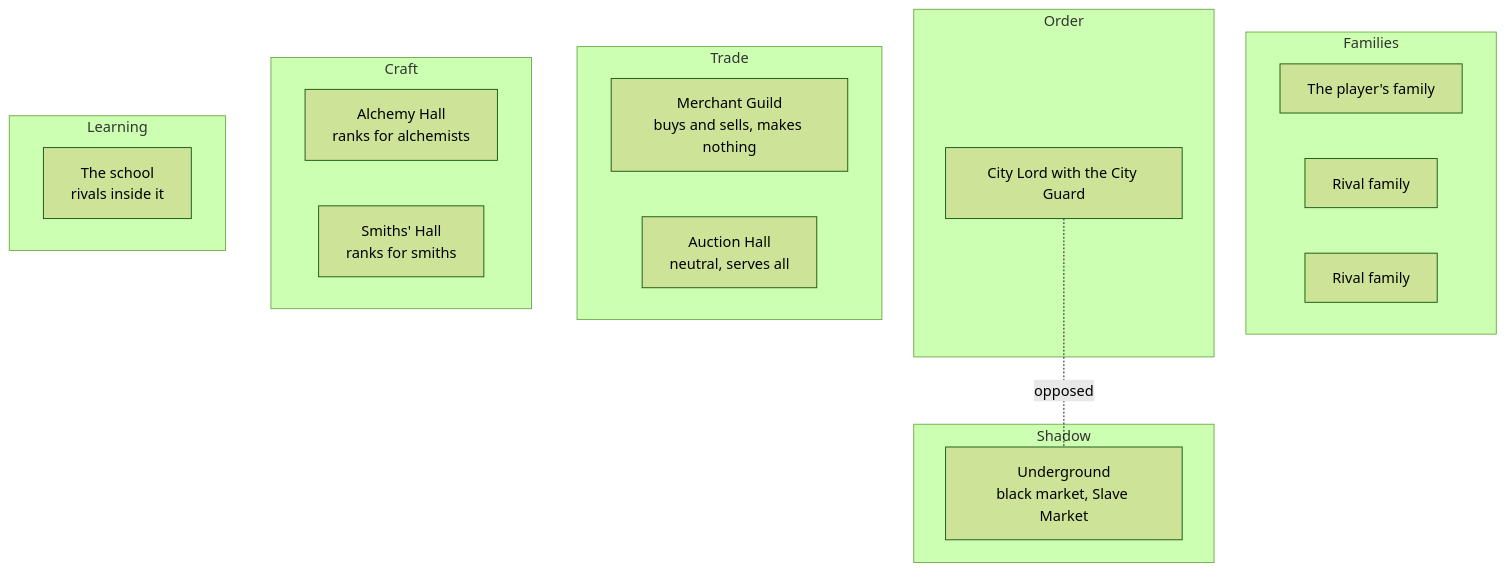
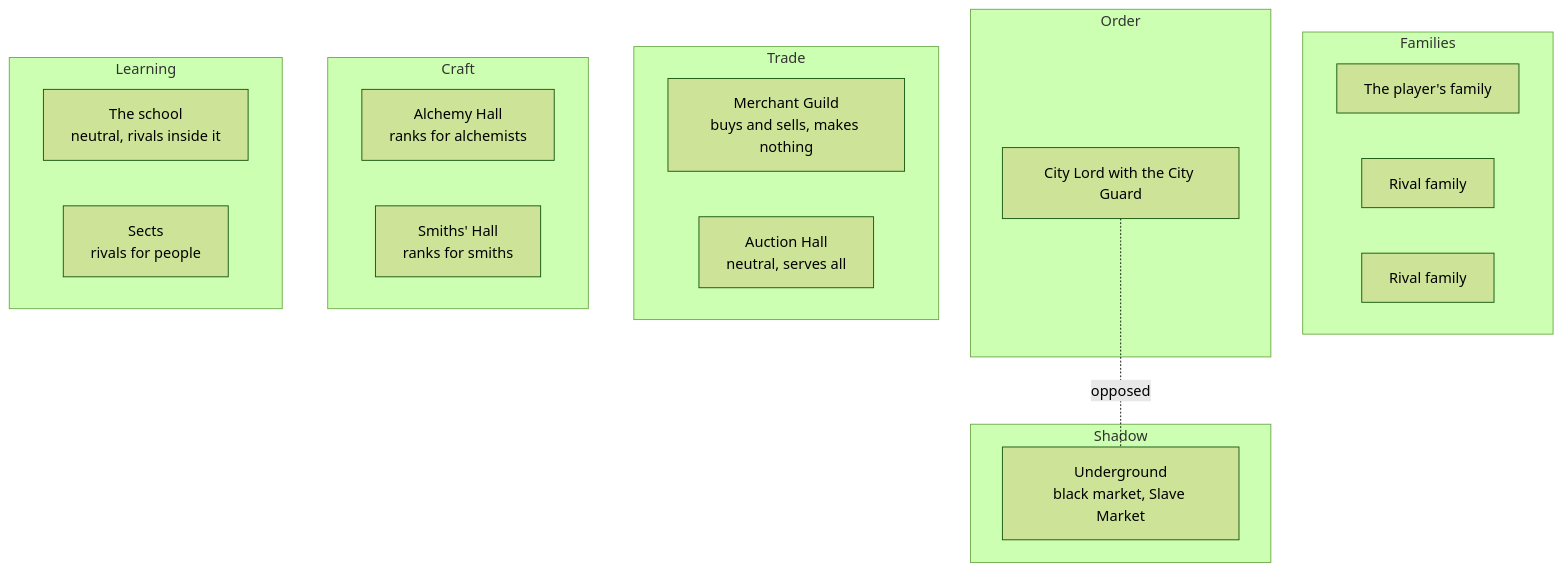
Before and after one commit to papierkorp/road_of_the_beasts: the second of 4 diagrams in docs/vision.md, drawn with Mermaid (forest theme). The commit also changed other lines of this file and 8 other files, not shown here.

````diff
--- a/docs/vision.md
+++ b/docs/vision.md
@@ -45,26 +46,27 @@
 ```mermaid
 flowchart TB
     subgraph Families
         F1["The player's family"]
         F2["Rival family"]
         F3["Rival family"]
     end
     subgraph Order
         Lord["City Lord with the City Guard"]
     end
     subgraph Trade
         Guild["Merchant Guild<br/>buys and sells, makes nothing"]
         Auction["Auction Hall<br/>neutral, serves all"]
     end
     subgraph Craft
         Alch["Alchemy Hall<br/>ranks for alchemists"]
         Smith["Smiths' Hall<br/>ranks for smiths"]
     end
     subgraph Learning
-        School["The school<br/>rivals inside it"]
+        School["The school<br/>neutral, rivals inside it"]
+        Sects["Sects<br/>rivals for people"]
     end
     subgraph Shadow
         Under["Underground<br/>black market, Slave Market"]
     end
     Lord -. opposed .- Under
 ```
````
